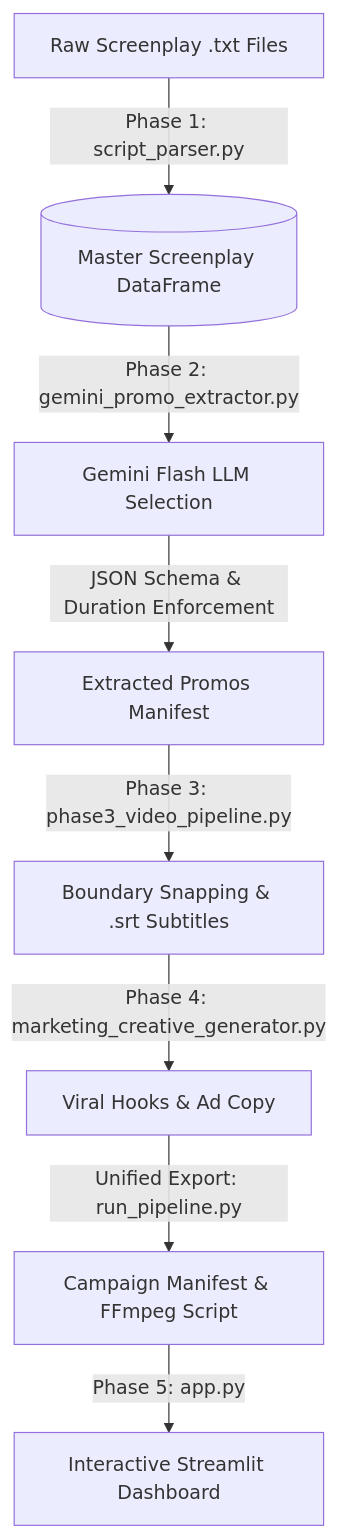
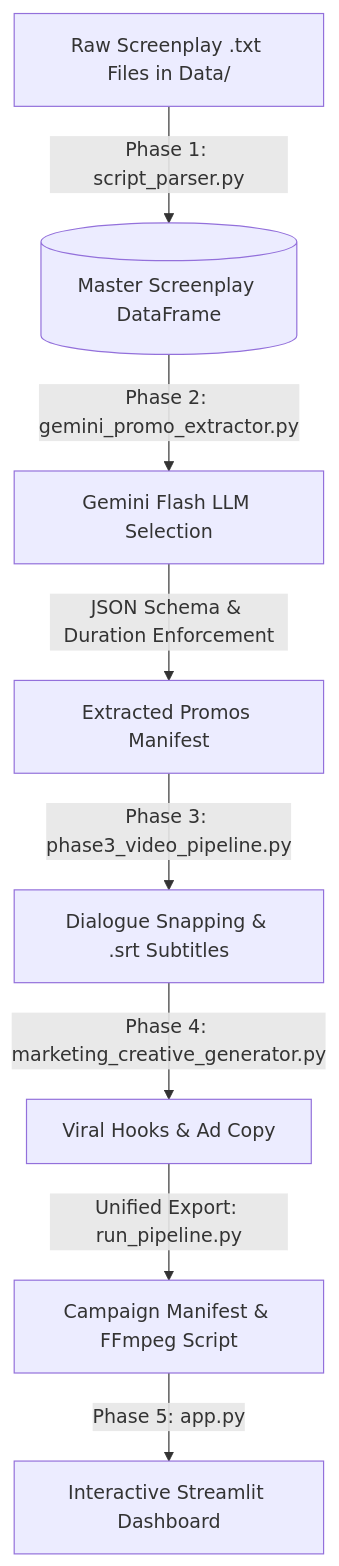
The diagram in README.md (Sushank18/KuKu-FM), drawn with Mermaid before and after one commit. The commit also changed other lines of this file and 76 other files, not shown here.

````diff
--- a/README.md
+++ b/README.md
@@ -22,10 +33,10 @@
 ```mermaid
 flowchart TD
-    A[Raw Screenplay .txt Files] -->|Phase 1: script_parser.py| B[(Master Screenplay DataFrame)]
+    A[Raw Screenplay .txt Files in Data/] -->|Phase 1: script_parser.py| B[(Master Screenplay DataFrame)]
     B -->|Phase 2: gemini_promo_extractor.py| C[Gemini Flash LLM Selection]
     C -->|JSON Schema & Duration Enforcement| D[Extracted Promos Manifest]
-    D -->|Phase 3: phase3_video_pipeline.py| E[Boundary Snapping & .srt Subtitles]
+    D -->|Phase 3: phase3_video_pipeline.py| E[Dialogue Snapping & .srt Subtitles]
     E -->|Phase 4: marketing_creative_generator.py| F[Viral Hooks & Ad Copy]
     F -->|Unified Export: run_pipeline.py| G[Campaign Manifest & FFmpeg Script]
     G -->|Phase 5: app.py| H[Interactive Streamlit Dashboard]
 ```
````
